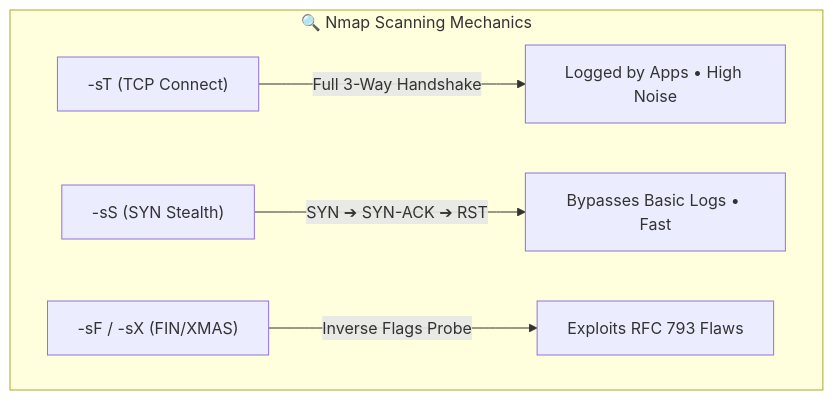
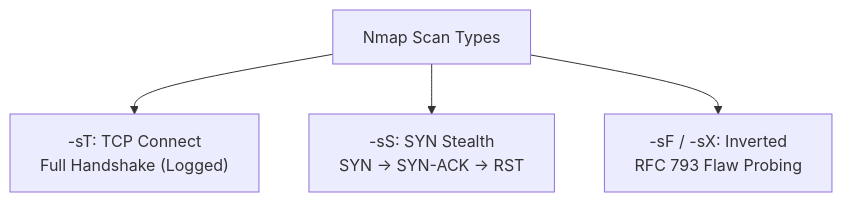
One commit to DaddyZyn/Cyber-security-notes changed the fourth of 4 diagrams in topics/09-tcp-handshake-exploits-rst-injection-and-scanning/README.md. Above: the diagram before and after it, drawn with Mermaid. The commit also changed other lines of this file and 19 other files, not shown here.

Commit message:
fix: overhaul all Mermaid diagrams with clean vertical layouts and short line-wrapping to prevent GitHub clipping

````diff
--- a/topics/09-tcp-handshake-exploits-rst-injection-and-scanning/README.md
+++ b/topics/09-tcp-handshake-exploits-rst-injection-and-scanning/README.md
@@ -114,8 +111,7 @@
 ```mermaid
 flowchart TD
-    subgraph Scan_Types["🔍 Nmap Scanning Mechanics"]
-        A["-sT (TCP Connect)"] -->|"Full 3-Way Handshake"| L1["Logged by Apps • High Noise"]
-        B["-sS (SYN Stealth)"] -->|"SYN ➔ SYN-ACK ➔ RST"| L2["Bypasses Basic Logs • Fast"]
-        C["-sF / -sX (FIN/XMAS)"] -->|"Inverse Flags Probe"| L3["Exploits RFC 793 Flaws"]
-    end
+    A["Nmap Scan Types"]
+    A --> S1["-sT: TCP Connect<br/>Full Handshake (Logged)"]
+    A --> S2["-sS: SYN Stealth<br/>SYN -> SYN-ACK -> RST"]
+    A --> S3["-sF / -sX: Inverted<br/>RFC 793 Flaw Probing"]
 ```
````
